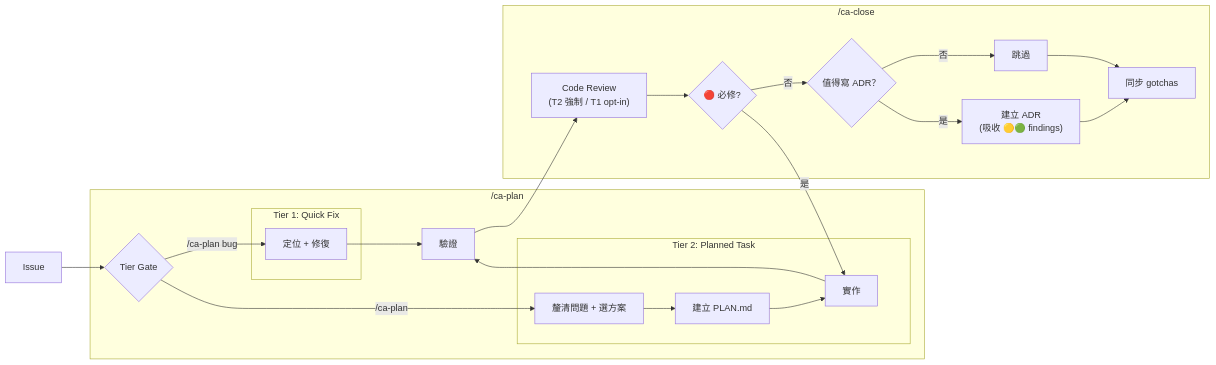
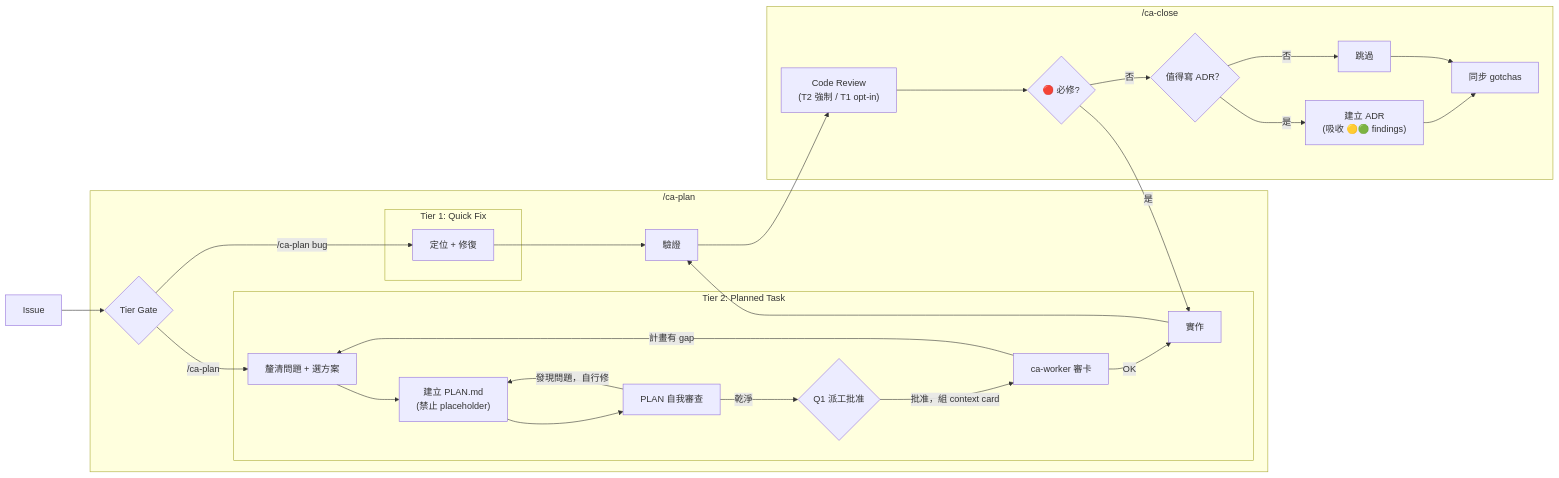
The second of 2 diagrams in README.md (FreddyCro/carto-agent), drawn with Mermaid before and after one commit. The commit also changed other lines of this file and 4 other files, not shown here.

Commit message:
feat: add PLAN self-review and ca-worker card-review gates inspired by superpowers

````diff
--- a/README.md
+++ b/README.md
@@ -125,39 +125,47 @@
 ```mermaid
 flowchart LR
     Issue["Issue"]
 
     subgraph CaPlan["/ca-plan"]
         Gate{"Tier Gate"}
 
         subgraph Tier1["Tier 1: Quick Fix"]
             Fix1["定位 + 修復"]
         end
 
         subgraph Tier2["Tier 2: Planned Task"]
             Clarify["釐清問題 + 選方案"]
-            Plan2["建立 PLAN.md"]
+            Plan2["建立 PLAN.md<br/>(禁止 placeholder)"]
+            SelfReview["PLAN 自我審查"]
+            Q1{"Q1 派工批准"}
+            CardReview["ca-worker 審卡"]
             Impl["實作"]
         end
 
         Verify["驗證"]
     end
 
     subgraph CaClose["/ca-close"]
         Review["Code Review<br/>(T2 強制 / T1 opt-in)"]
         MustFix{"🔴 必修?"}
         AskADR{"值得寫 ADR？"}
         ADR["建立 ADR<br/>(吸收 🟡🟢 findings)"]
         Skip["跳過"]
         Gotchas["同步 gotchas"]
     end
 
     Issue --> Gate
     Gate -->|"/ca-plan bug"| Fix1 --> Verify
-    Gate -->|"/ca-plan"| Clarify --> Plan2 --> Impl --> Verify
+    Gate -->|"/ca-plan"| Clarify --> Plan2 --> SelfReview
+    SelfReview -->|"發現問題，自行修"| Plan2
+    SelfReview -->|"乾淨"| Q1
+    Q1 -->|"批准，組 context card"| CardReview
+    CardReview -->|"計畫有 gap"| Clarify
+    CardReview -->|"OK"| Impl --> Verify
     Verify --> Review
     Review --> MustFix
     MustFix -->|是| Impl
     MustFix -->|否| AskADR
     AskADR -->|是| ADR --> Gotchas
     AskADR -->|否| Skip --> Gotchas
 ```
````
